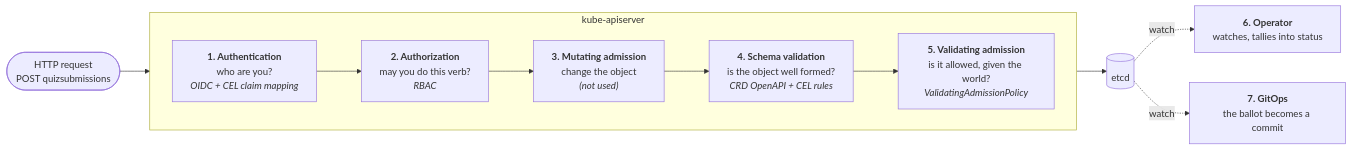
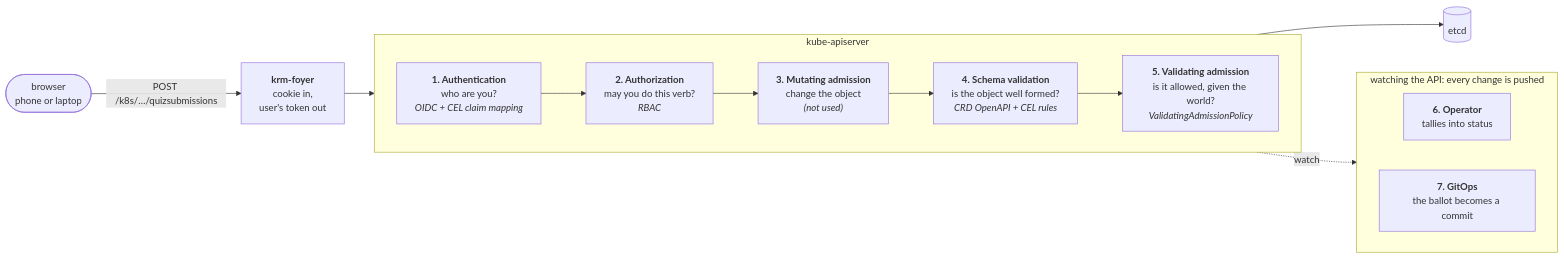
Before and after one commit to sunib/voter: the second of 2 diagrams in docs/kubernetes-as-a-bff.md, drawn with Mermaid. The commit also changed other lines of this file, not shown here.

First line of the commit message:
docs: put krm-foyer and the browsers in front of the API server

````diff
--- a/docs/kubernetes-as-a-bff.md
+++ b/docs/kubernetes-as-a-bff.md
@@ -160,20 +195,24 @@
 ```mermaid
 flowchart LR
-    REQ(["HTTP request<br/>POST quizsubmissions"])
+    BR(["browser<br/>phone or laptop"])
+    FOY["<b>krm-foyer</b><br/>cookie in,<br/>user's token out"]
     subgraph API["kube-apiserver"]
         direction LR
         AN["<b>1. Authentication</b><br/>who are you?<br/><i>OIDC + CEL claim mapping</i>"]
         AZ["<b>2. Authorization</b><br/>may you do this verb?<br/><i>RBAC</i>"]
         MU["<b>3. Mutating admission</b><br/>change the object<br/><i>(not used)</i>"]
         SV["<b>4. Schema validation</b><br/>is the object well formed?<br/><i>CRD OpenAPI + CEL rules</i>"]
         VA["<b>5. Validating admission</b><br/>is it allowed, given the world?<br/><i>ValidatingAdmissionPolicy</i>"]
         AN --> AZ --> MU --> SV --> VA
     end
     ETCD[("etcd")]
-    OP["<b>6. Operator</b><br/>watches, tallies into status"]
-    GIT["<b>7. GitOps</b><br/>the ballot becomes a commit"]
-    REQ --> AN
+    subgraph W["watching the API: every change is pushed"]
+        direction LR
+        OP["<b>6. Operator</b><br/>tallies into status"]
+        GIT["<b>7. GitOps</b><br/>the ballot becomes a commit"]
+    end
+    BR -- "POST /k8s/…/quizsubmissions" --> FOY
+    FOY --> AN
     VA --> ETCD
-    ETCD -. watch .-> OP
-    ETCD -. watch .-> GIT
+    API -. watch .-> W
 ```
````
